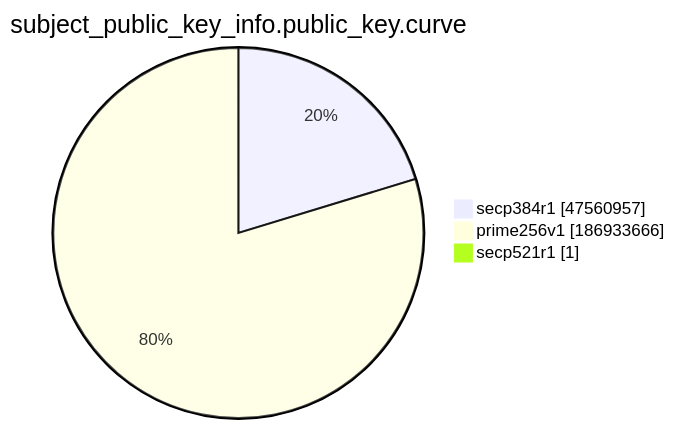
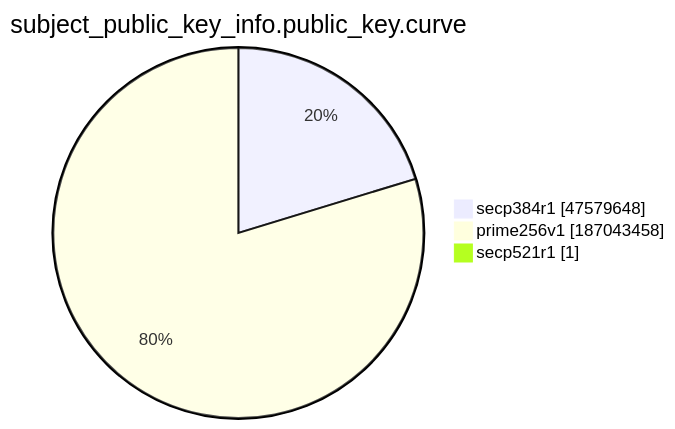
One commit to christiankrug/ctmonitor_visualization changed the ninth of 15 diagrams in xenon2022/README.md. Above: the diagram before and after it, drawn with Mermaid. The commit also changed other lines of this file, not shown here.

````diff
--- a/xenon2022/README.md
+++ b/xenon2022/README.md
@@ -2874,7 +2874,7 @@
 ```mermaid
 pie showData
 title subject_public_key_info.public_key.curve
-"secp384r1" :47560957
-"prime256v1" :186933666
+"secp384r1" :47579648
+"prime256v1" :187043458
 "secp521r1" :1
 ```
````
